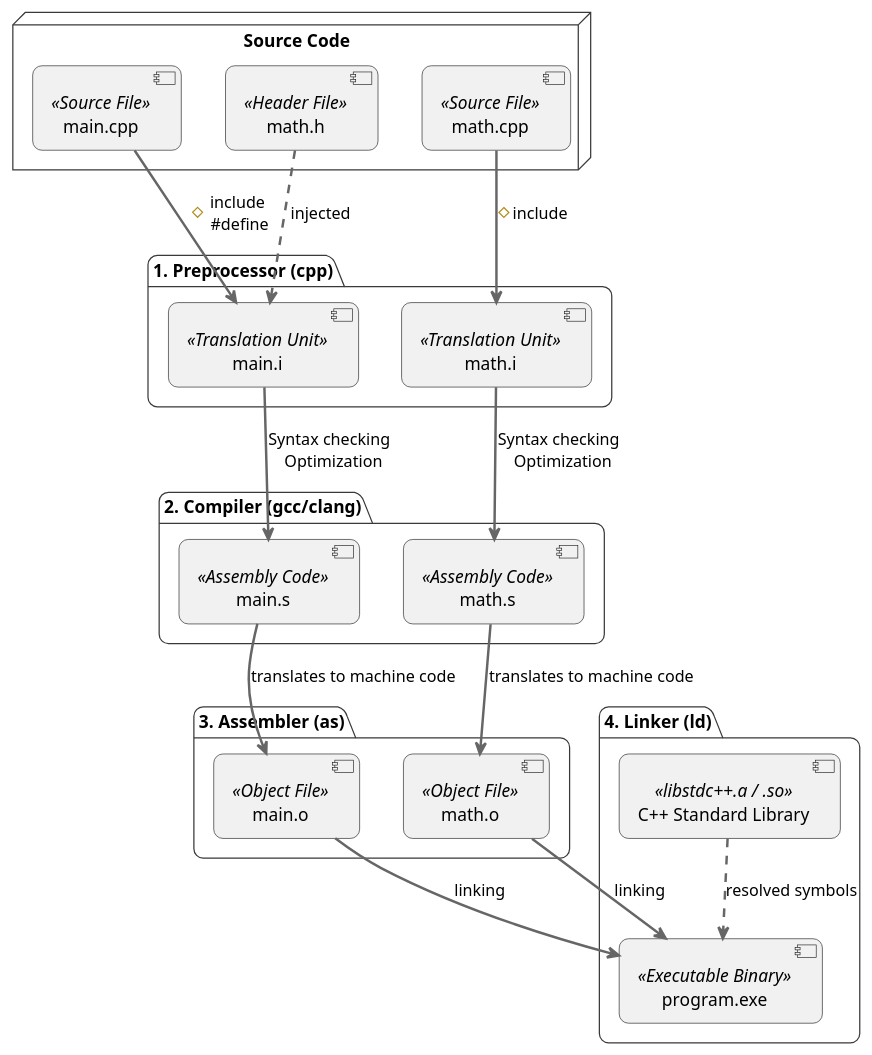
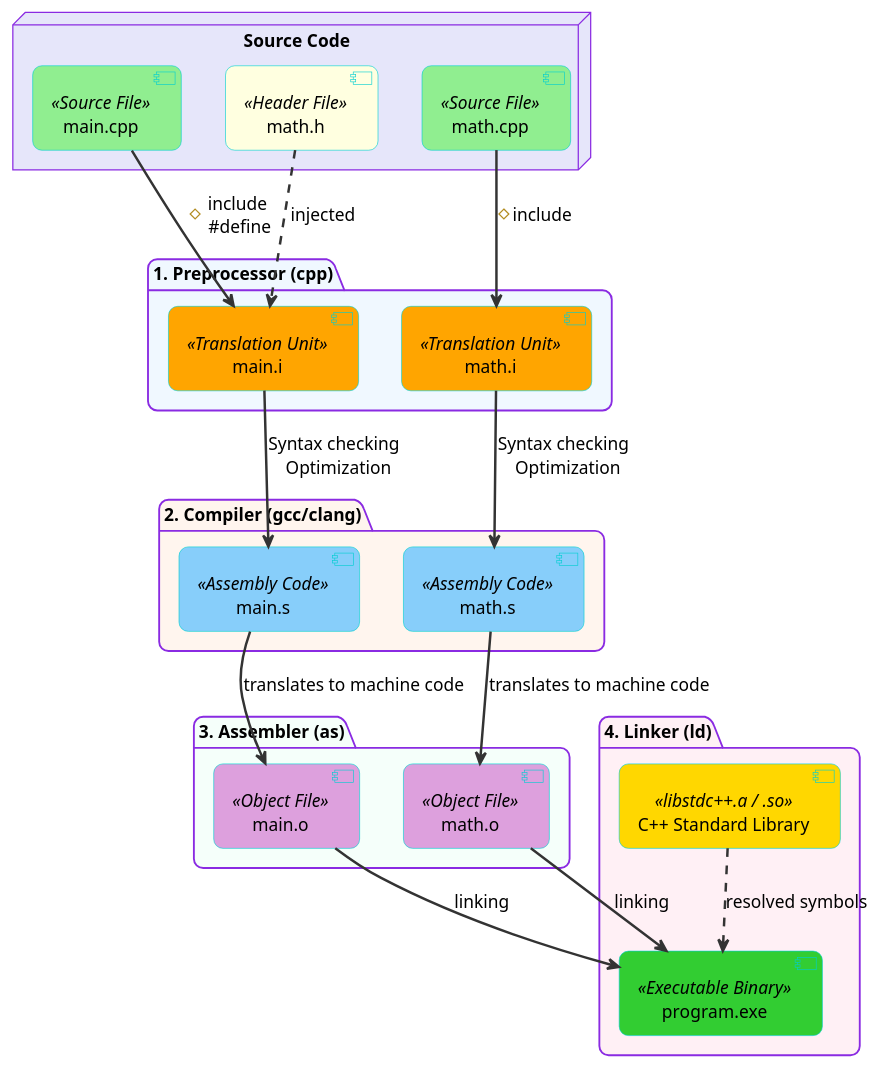
One commit to amanbh2/learning changed the diagram in cpp/08-compilation-and-linking-process.md. Above: the diagram before and after it, drawn with PlantUML. The commit also changed other lines of this file and 21 other files, not shown here.

````diff
--- a/cpp/08-compilation-and-linking-process.md
+++ b/cpp/08-compilation-and-linking-process.md
@@ -14,50 +14,66 @@
 ```plantuml
 @startuml
-!theme mars
-skinparam backgroundColor transparent
+skinparam backgroundColor #FFFFFF
+skinparam defaultFontName "Helvetica"
+skinparam defaultFontSize 14
 skinparam handwritten false
 skinparam RoundCorner 15
-skinparam ArrowColor #666666
+skinparam ArrowColor #333333
 skinparam ArrowThickness 2
+skinparam node {
+    BackgroundColor #FFE4E1
+    BorderColor #FF6347
+    FontName "Helvetica"
+}
+skinparam package {
+    BackgroundColor #E6E6FA
+    BorderColor #8A2BE2
+    FontName "Helvetica"
+}
+skinparam component {
+    BackgroundColor #E0FFFF
+    BorderColor #00CED1
+    FontName "Helvetica"
+}
 
 node "Source Code" as source {
-  [main.cpp] <<Source File>>
-  [math.h] <<Header File>>
-  [math.cpp] <<Source File>>
+  [main.cpp] <<Source File>> #LightGreen
+  [math.h] <<Header File>> #LightYellow
+  [math.cpp] <<Source File>> #LightGreen
 }
 
-package "1. Preprocessor (cpp)" {
-  [main.i] <<Translation Unit>>
-  [math.i] <<Translation Unit>>
+package "1. Preprocessor (cpp)" #F0F8FF {
+  [main.i] <<Translation Unit>> #Orange
+  [math.i] <<Translation Unit>> #Orange
 }
 
-package "2. Compiler (gcc/clang)" {
-  [main.s] <<Assembly Code>>
-  [math.s] <<Assembly Code>>
+package "2. Compiler (gcc/clang)" #FFF5EE {
+  [main.s] <<Assembly Code>> #LightSkyBlue
+  [math.s] <<Assembly Code>> #LightSkyBlue
 }
 
-package "3. Assembler (as)" {
-  [main.o] <<Object File>>
-  [math.o] <<Object File>>
+package "3. Assembler (as)" #F5FFFA {
+  [main.o] <<Object File>> #Plum
+  [math.o] <<Object File>> #Plum
 }
 
-package "4. Linker (ld)" {
-  [C++ Standard Library] <<libstdc++.a / .so>>
-  [program.exe] <<Executable Binary>>
+package "4. Linker (ld)" #FFF0F5 {
+  [C++ Standard Library] <<libstdc++.a / .so>> #Gold
+  [program.exe] <<Executable Binary>> #LimeGreen
 }
 
 [main.cpp] --> [main.i] : #include \n #define
 [math.h] ..> [main.i] : injected
 [math.cpp] --> [math.i] : #include
 
 [main.i] --> [main.s] : Syntax checking \n Optimization
 [math.i] --> [math.s] : Syntax checking \n Optimization
 
 [main.s] --> [main.o] : translates to machine code
 [math.s] --> [math.o] : translates to machine code
 
 [main.o] --> [program.exe] : linking
 [math.o] --> [program.exe] : linking
 [C++ Standard Library] ..> [program.exe] : resolved symbols
 @enduml
 ```
````
